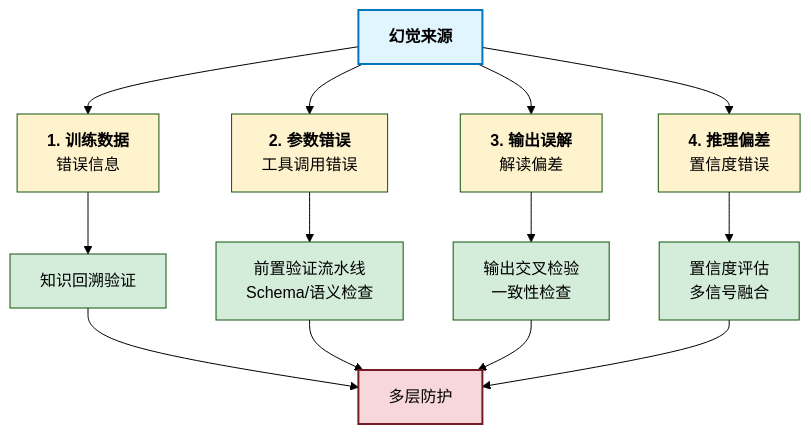
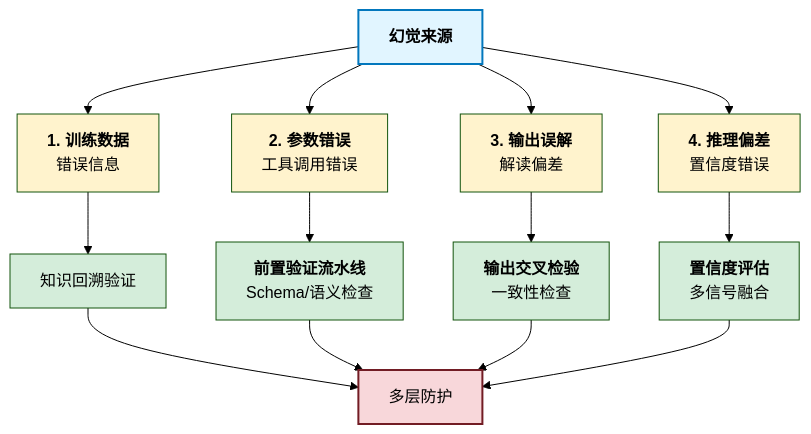
The first of 2 diagrams in 11_reliability/11.4_hallucination_defense.md (yeasy/harness_engineering_guide), drawn with Mermaid (forest theme) before and after one commit. The commit also changed 26 other files, not shown here.

Commit message:
Add bold titles to Mermaid diagram nodes

````diff
--- a/11_reliability/11.4_hallucination_defense.md
+++ b/11_reliability/11.4_hallucination_defense.md
@@ -11,42 +11,42 @@
 ```mermaid
 graph TD
     A["<b>幻觉来源</b>"]
 
     B["<b>1. 训练数据</b><br/>错误信息"]
     C["<b>2. 参数错误</b><br/>工具调用错误"]
     D["<b>3. 输出误解</b><br/>解读偏差"]
     E["<b>4. 推理偏差</b><br/>置信度错误"]
 
     F["知识回溯验证"]
-    G["前置验证流水线<br/>Schema/语义检查"]
-    H["输出交叉检验<br/>一致性检查"]
-    I["置信度评估<br/>多信号融合"]
+    G["<b>前置验证流水线</b><br/>Schema/语义检查"]
+    H["<b>输出交叉检验</b><br/>一致性检查"]
+    I["<b>置信度评估</b><br/>多信号融合"]
 
     A --> B
     A --> C
     A --> D
     A --> E
 
     B --> F
     C --> G
     D --> H
     E --> I
 
     J["多层防护"]
 
     F --> J
     G --> J
     H --> J
     I --> J
 
     style A fill:#e1f5ff,stroke:#0277bd,stroke-width:2px
     style B fill:#fff3cd
     style C fill:#fff3cd
     style D fill:#fff3cd
     style E fill:#fff3cd
     style F fill:#d4edda
     style G fill:#d4edda
     style H fill:#d4edda
     style I fill:#d4edda
     style J fill:#f8d7da,stroke:#721c24,stroke-width:2px
 ```
````
